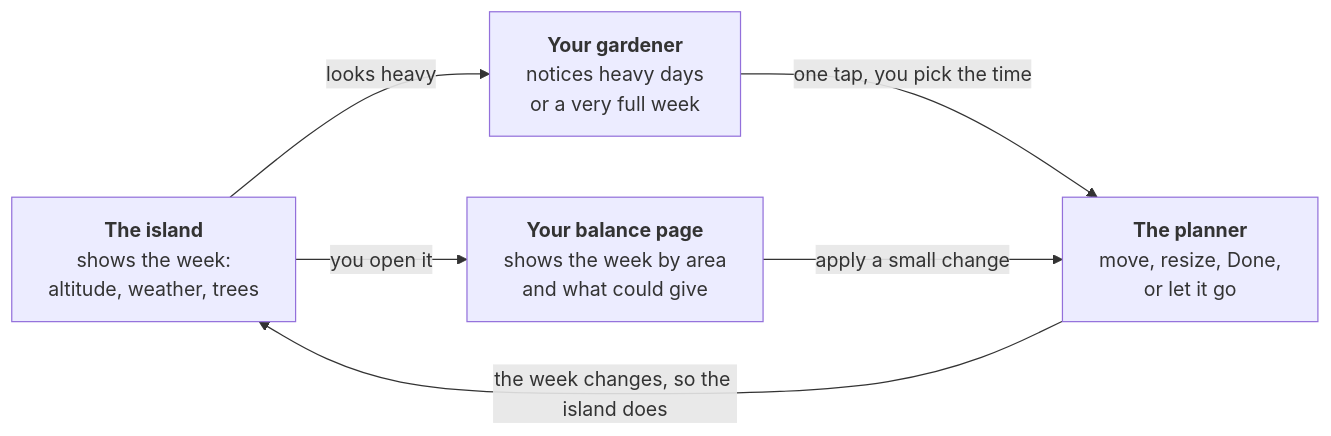
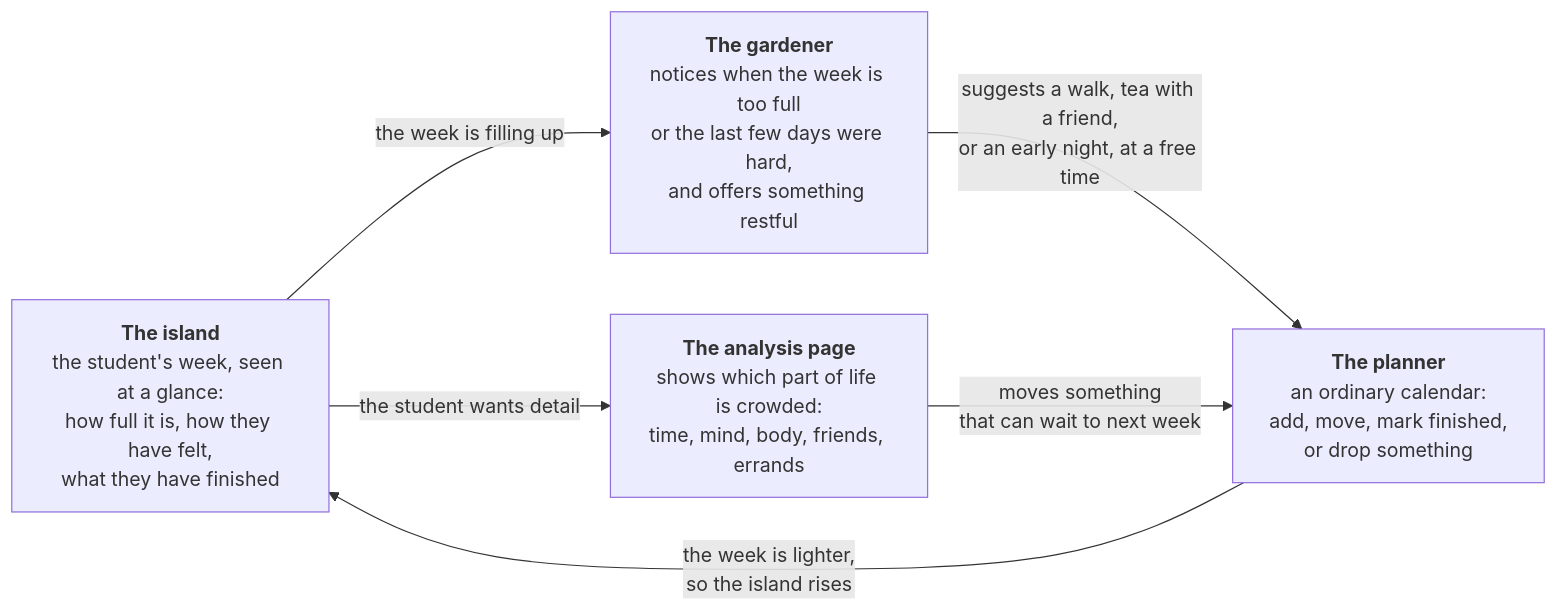
One commit to 25006675-png/Island_life changed the first of 3 diagrams in README.md. Above: the diagram before and after it, drawn with Mermaid. The commit also changed other lines of this file, not shown here.

Commit message:
Plain language in the rebalancing loop; call it the analysis page

````diff
--- a/README.md
+++ b/README.md
@@ -314,13 +314,13 @@
 ```mermaid
 flowchart LR
-    Island["<b>The island</b><br/>shows the week:<br/>altitude, weather, trees"]
-    Gardener["<b>Your gardener</b><br/>notices heavy days<br/>or a very full week"]
-    Balance["<b>Your balance page</b><br/>shows the week by area<br/>and what could give"]
-    Planner["<b>The planner</b><br/>move, resize, Done,<br/>or let it go"]
+    Island["<b>The island</b><br/>the student's week, seen at a glance:<br/>how full it is, how they have felt,<br/>what they have finished"]
+    Gardener["<b>The gardener</b><br/>notices when the week is too full<br/>or the last few days were hard,<br/>and offers something restful"]
+    Balance["<b>The analysis page</b><br/>shows which part of life is crowded:<br/>time, mind, body, friends, errands"]
+    Planner["<b>The planner</b><br/>an ordinary calendar:<br/>add, move, mark finished,<br/>or drop something"]
 
-    Island -- "looks heavy" --> Gardener
-    Island -- "you open it" --> Balance
-    Gardener -- "one tap, you pick the time" --> Planner
-    Balance -- "apply a small change" --> Planner
-    Planner -- "the week changes, so the island does" --> Island
+    Island -- "the week is filling up" --> Gardener
+    Island -- "the student wants detail" --> Balance
+    Gardener -- "suggests a walk, tea with a friend,<br/>or an early night, at a free time" --> Planner
+    Balance -- "moves something<br/>that can wait to next week" --> Planner
+    Planner -- "the week is lighter,<br/>so the island rises" --> Island
 ```
````
